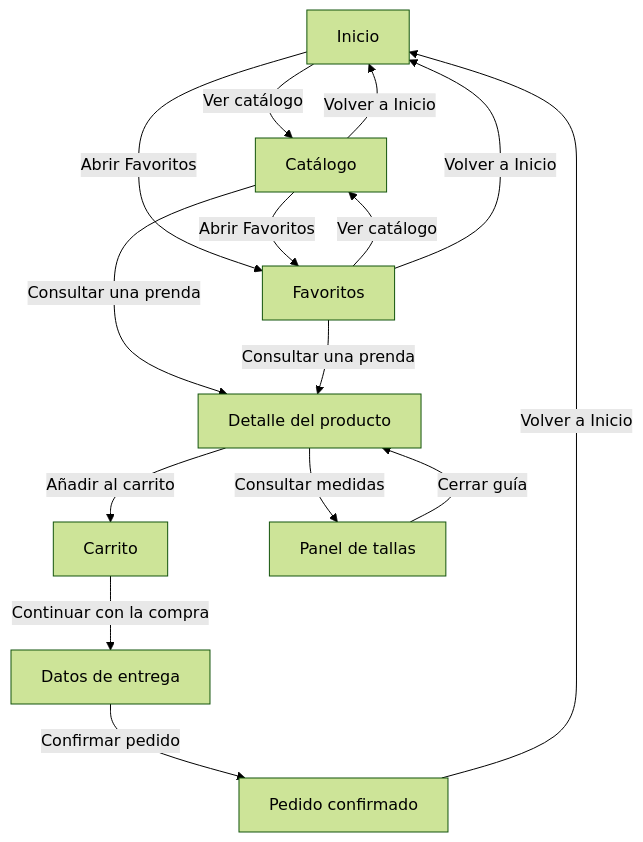
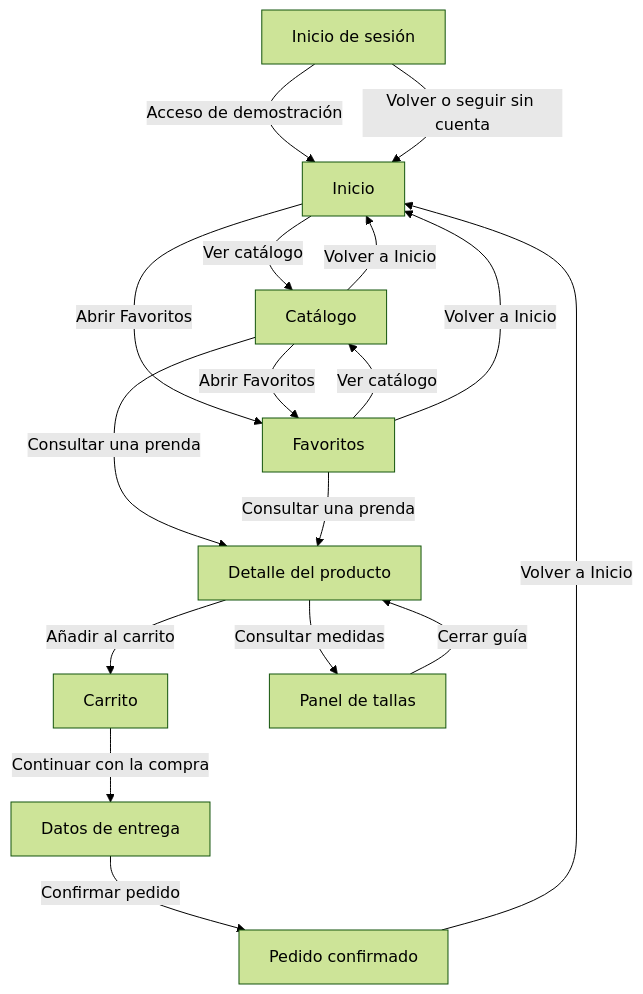
The diagram in DOCUMENTACION.md (mgg06/diu-t1-ropainfantil), drawn with Mermaid (forest theme) before and after one commit. The commit also changed other lines of this file and 6 other files, not shown here.

Commit message:
docs: añado el inicio de sesión y sus capturas

````diff
--- a/DOCUMENTACION.md
+++ b/DOCUMENTACION.md
@@ -112,28 +112,32 @@
 ```mermaid
 flowchart TD
     INI["Inicio"]
     CAT["Catálogo"]
     DET["Detalle del producto"]
     CAR["Carrito"]
     ENT["Datos de entrega"]
     CON["Pedido confirmado"]
     FAV["Favoritos"]
     GUI["Panel de tallas"]
+    ACC["Inicio de sesión"]
+
+    ACC -->|"Acceso de demostración"| INI
+    ACC -->|"Volver o seguir sin cuenta"| INI
 
     INI -->|"Ver catálogo"| CAT
     CAT -->|"Consultar una prenda"| DET
     DET -->|"Añadir al carrito"| CAR
     CAR -->|"Continuar con la compra"| ENT
     ENT -->|"Confirmar pedido"| CON
     CON -->|"Volver a Inicio"| INI
 
     DET -->|"Consultar medidas"| GUI
     GUI -->|"Cerrar guía"| DET
 
     INI -->|"Abrir Favoritos"| FAV
     FAV -->|"Ver catálogo"| CAT
     FAV -->|"Consultar una prenda"| DET
     CAT -->|"Abrir Favoritos"| FAV
     CAT -->|"Volver a Inicio"| INI
     FAV -->|"Volver a Inicio"| INI
 ```
````
